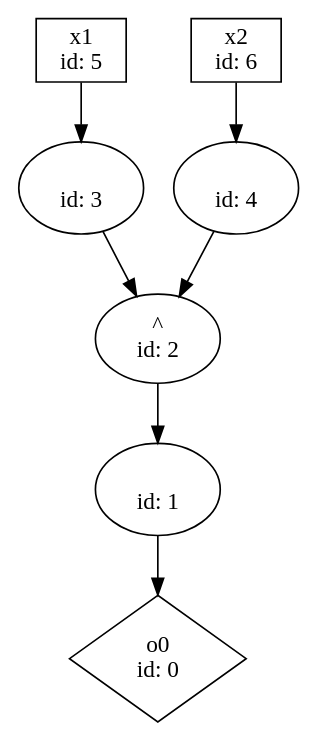
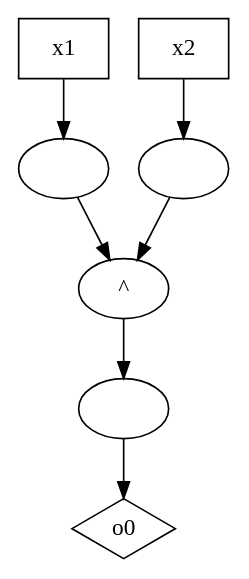
Before and after one commit to p9romain/bool-circuits: the diagram in dot_files/bool_circ/evaluate/xor.dot, drawn with Graphviz. The commit also changed 215 other files, not shown here.

```diff
--- a/dot_files/bool_circ/evaluate/xor.dot
+++ b/dot_files/bool_circ/evaluate/xor.dot
@@ -1,15 +1,15 @@
 digraph G {
-n0 [label="o0\n id: 0",shape="diamond"];
-n1 [label="\n id: 1"];
-n2 [label="^\n id: 2"];
-n3 [label="\n id: 3"];
-n4 [label="\n id: 4"];
-n5 [label="x1\n id: 5",shape="box"];
-n6 [label="x2\n id: 6",shape="box"];
+n0 [label="o0",shape="diamond"];
+n1 [label=""];
+n2 [label="^"];
+n3 [label=""];
+n4 [label=""];
+n5 [label="x1",shape="box"];
+n6 [label="x2",shape="box"];
 n1 -> n0
 n2 -> n1
 n3 -> n2
 n4 -> n2
 n5 -> n3
 n6 -> n4
 }
```
